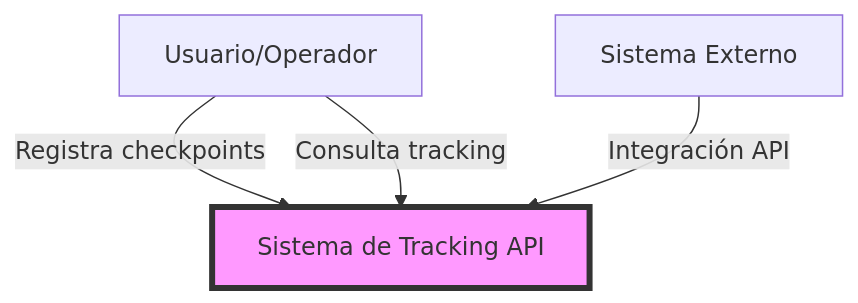
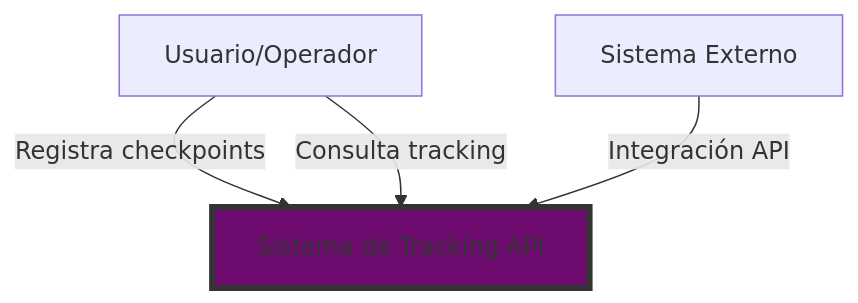
Before and after one commit to otherside9710/tracking-api: the first of 4 diagrams in ARCHITECTURE.md, drawn with Mermaid. The commit also changed other lines of this file, not shown here.

Commit message:
docs: update architecture md

````diff
--- a/ARCHITECTURE.md
+++ b/ARCHITECTURE.md
@@ -13,12 +13,12 @@
 ```mermaid
 graph TB
     User[Usuario/Operador]
     ExtSystem[Sistema Externo]
     TrackingAPI[Sistema de Tracking API]
     
     User -->|Registra checkpoints| TrackingAPI
     User -->|Consulta tracking| TrackingAPI
     ExtSystem -->|Integración API| TrackingAPI
     
-    style TrackingAPI fill:#f9f,stroke:#333,stroke-width:4px
+    style TrackingAPI fill:#6E0B6E,stroke:#333,stroke-width:4px
 ```
````
